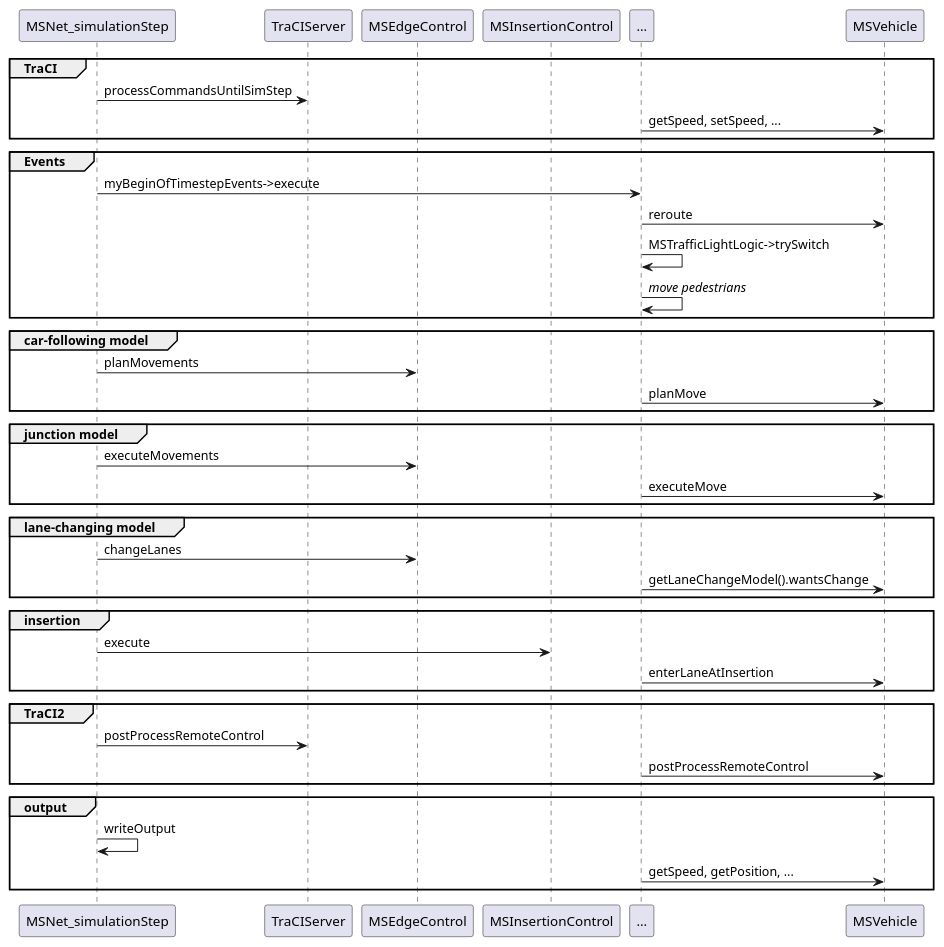
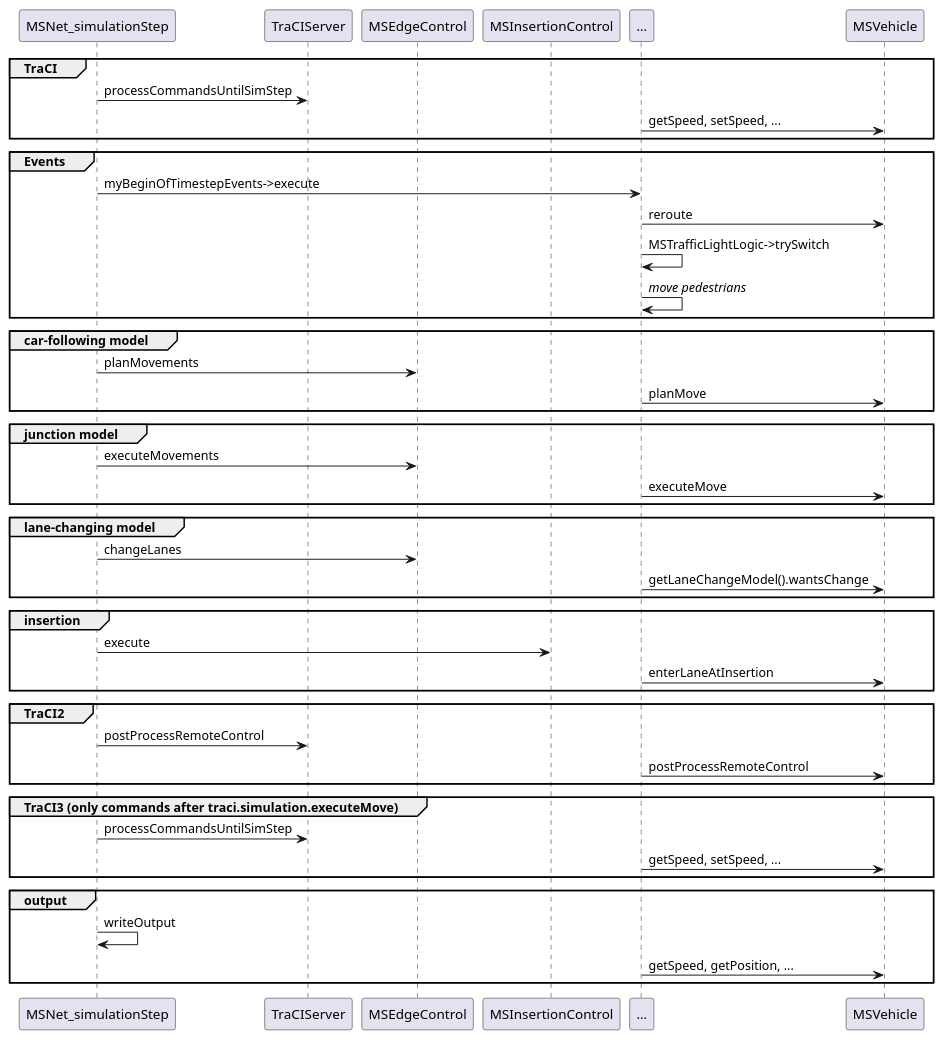
Before and after one commit to eclipse-sumo/sumo: the first of 2 diagrams in docs/web/docs/Developer/Implementation_Notes/Simulation_Loop.md, drawn with PlantUML.

Commit message:
#2 descriping third TraCI block

````diff
--- a/docs/web/docs/Developer/Implementation_Notes/Simulation_Loop.md
+++ b/docs/web/docs/Developer/Implementation_Notes/Simulation_Loop.md
@@ -11,54 +11,59 @@
 ```plantuml
 @startuml
 participant MSNet_simulationStep as simstep
 participant TraCIServer
 participant MSEdgeControl
 participant MSInsertionControl
 participant MSInsertionControl
 participant ...
 participant MSVehicle
 
 group TraCI
 simstep -> TraCIServer : processCommandsUntilSimStep
 ... -> MSVehicle : getSpeed, setSpeed, ...
 end
 
 group Events
 simstep -> ... : myBeginOfTimestepEvents->execute
 ... -> MSVehicle : reroute
 ... -> ... : MSTrafficLightLogic->trySwitch
 ... -> ... : //move pedestrians//
 end
 
 group car-following model
 simstep -> MSEdgeControl : planMovements
 ... -> MSVehicle : planMove
 end
 
 group junction model
 simstep -> MSEdgeControl : executeMovements
 ... -> MSVehicle : executeMove
 end
 
 group lane-changing model
 simstep -> MSEdgeControl : changeLanes
 ... -> MSVehicle : getLaneChangeModel().wantsChange
 end
 
 group insertion
 simstep -> MSInsertionControl : execute
 ... -> MSVehicle : enterLaneAtInsertion
 end
 
 group TraCI2
 simstep -> TraCIServer : postProcessRemoteControl
 ... -> MSVehicle : postProcessRemoteControl
 end
 
+group TraCI3 (only commands after traci.simulation.executeMove)
+simstep -> TraCIServer : processCommandsUntilSimStep
+... -> MSVehicle : getSpeed, setSpeed, ...
+end
+
 group output
 simstep -> simstep : writeOutput
 ... -> MSVehicle : getSpeed, getPosition, ...
 end
 
 @enduml
 ```
````
